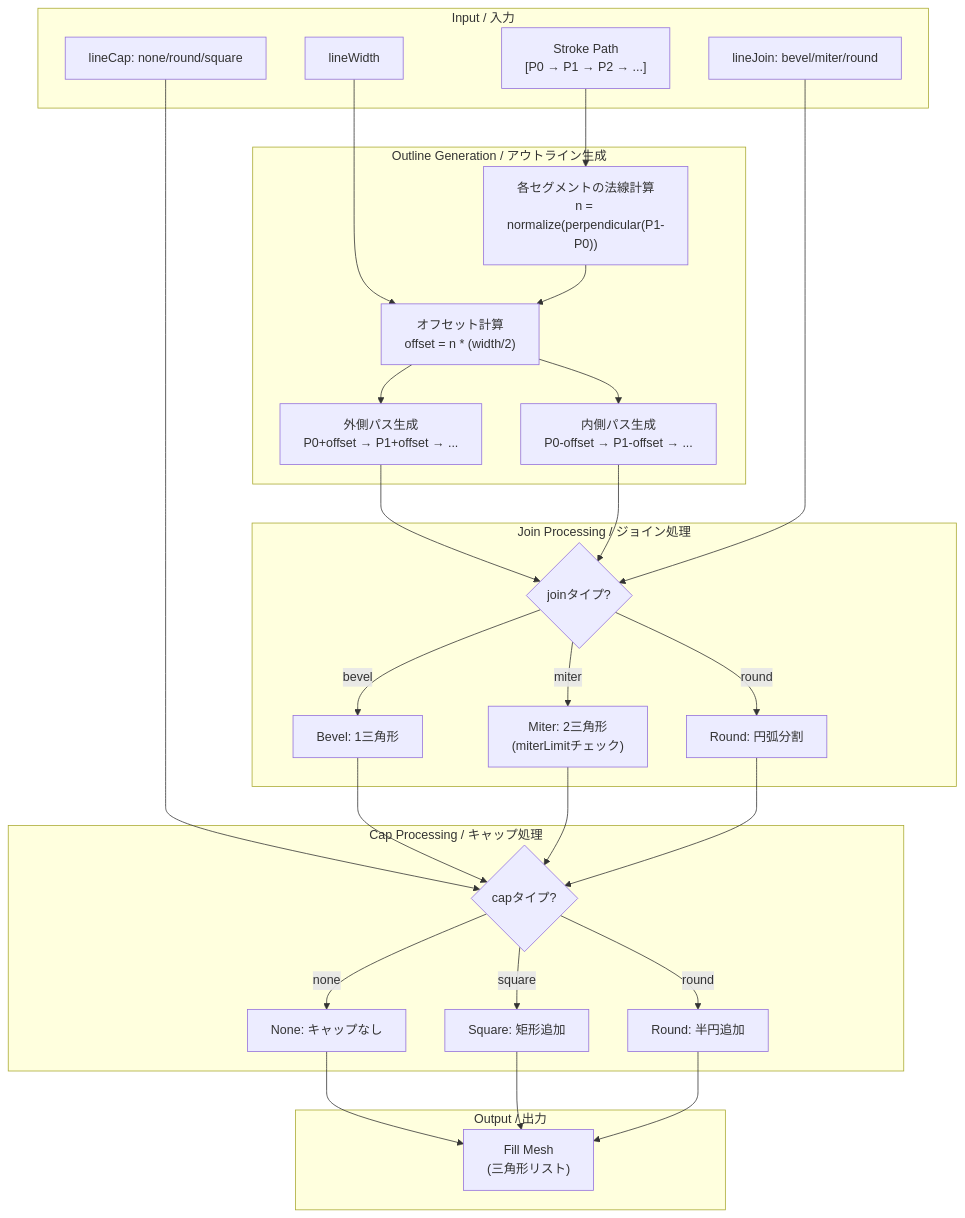
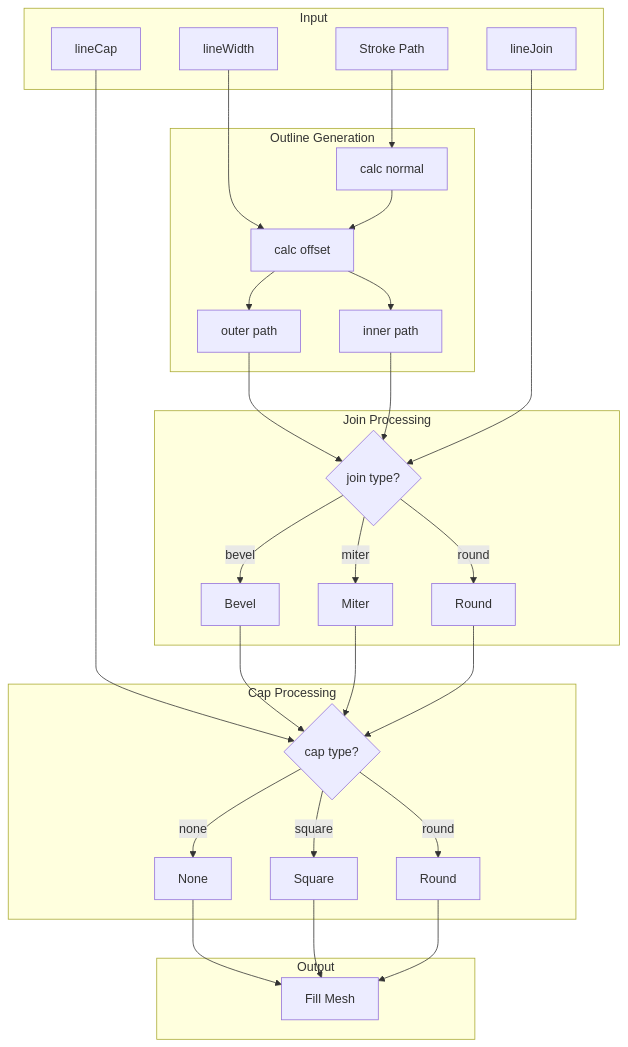
One commit to Next2D/player changed the ninth of 37 diagrams in packages/webgl/RENDERING_FLOW.md. Above: the diagram before and after it, drawn with Mermaid. The commit also changed other lines of this file, not shown here.

````diff
--- a/packages/webgl/RENDERING_FLOW.md
+++ b/packages/webgl/RENDERING_FLOW.md
@@ -472,63 +479,61 @@
 ```mermaid
 flowchart TB
-    subgraph "Input / 入力"
-        STROKE_PATH["Stroke Path<br/>[P0 → P1 → P2 → ...]"]
-        WIDTH["lineWidth"]
-        CAP["lineCap: none/round/square"]
-        JOIN["lineJoin: bevel/miter/round"]
+    subgraph "Input"
+        STROKE_PATH[Stroke Path]
+        WIDTH[lineWidth]
+        CAP[lineCap]
+        JOIN[lineJoin]
     end
 
-    subgraph "Outline Generation / アウトライン生成"
-        CALC_NORMAL["各セグメントの法線計算<br/>n = normalize(perpendicular(P1-P0))"]
-
-        OFFSET["オフセット計算<br/>offset = n * (width/2)"]
-
-        OUTER["外側パス生成<br/>P0+offset → P1+offset → ..."]
-        INNER["内側パス生成<br/>P0-offset → P1-offset → ..."]
+    subgraph "Outline Generation"
+        CALC_NORMAL[calc normal]
+        OFFSET[calc offset]
+        OUTER[outer path]
+        INNER[inner path]
     end
 
-    subgraph "Join Processing / ジョイン処理"
-        JOIN_CHECK{joinタイプ?}
-        BEVEL["Bevel: 1三角形"]
-        MITER["Miter: 2三角形<br/>(miterLimitチェック)"]
-        ROUND_J["Round: 円弧分割"]
+    subgraph "Join Processing"
+        JOIN_CHECK{join type?}
+        BEVEL[Bevel]
+        MITER[Miter]
+        ROUND_J[Round]
     end
 
-    subgraph "Cap Processing / キャップ処理"
-        CAP_CHECK{capタイプ?}
-        NONE["None: キャップなし"]
-        SQUARE["Square: 矩形追加"]
-        ROUND_C["Round: 半円追加"]
+    subgraph "Cap Processing"
+        CAP_CHECK{cap type?}
+        NONE[None]
+        SQUARE[Square]
+        ROUND_C[Round]
     end
 
-    subgraph "Output / 出力"
-        FILL_MESH["Fill Mesh<br/>(三角形リスト)"]
+    subgraph "Output"
+        FILL_MESH[Fill Mesh]
     end
 
     STROKE_PATH --> CALC_NORMAL
     WIDTH --> OFFSET
     CALC_NORMAL --> OFFSET
     OFFSET --> OUTER
     OFFSET --> INNER
 
     OUTER --> JOIN_CHECK
     INNER --> JOIN_CHECK
     JOIN --> JOIN_CHECK
 
     JOIN_CHECK -->|bevel| BEVEL
     JOIN_CHECK -->|miter| MITER
     JOIN_CHECK -->|round| ROUND_J
 
     CAP --> CAP_CHECK
     BEVEL --> CAP_CHECK
     MITER --> CAP_CHECK
     ROUND_J --> CAP_CHECK
 
     CAP_CHECK -->|none| NONE
     CAP_CHECK -->|square| SQUARE
     CAP_CHECK -->|round| ROUND_C
 
     NONE --> FILL_MESH
     SQUARE --> FILL_MESH
     ROUND_C --> FILL_MESH
 ```
````
